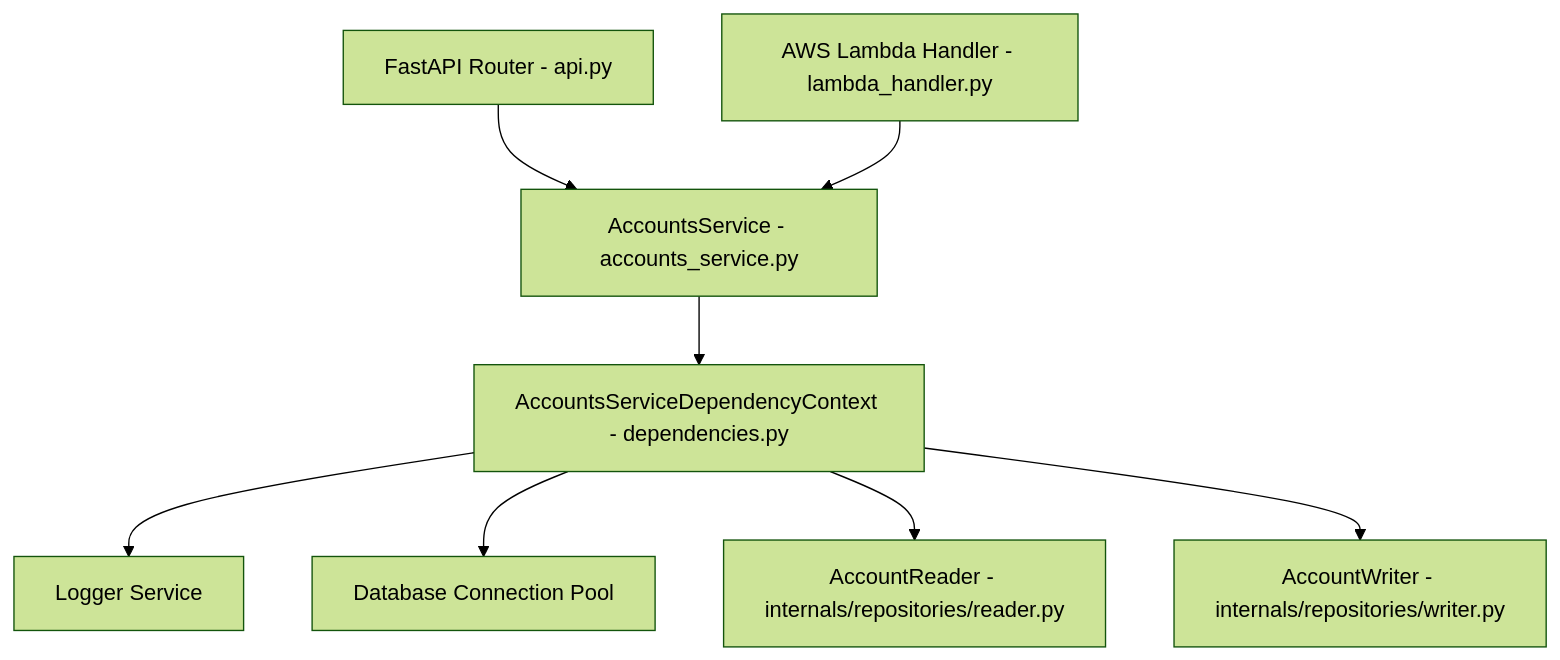
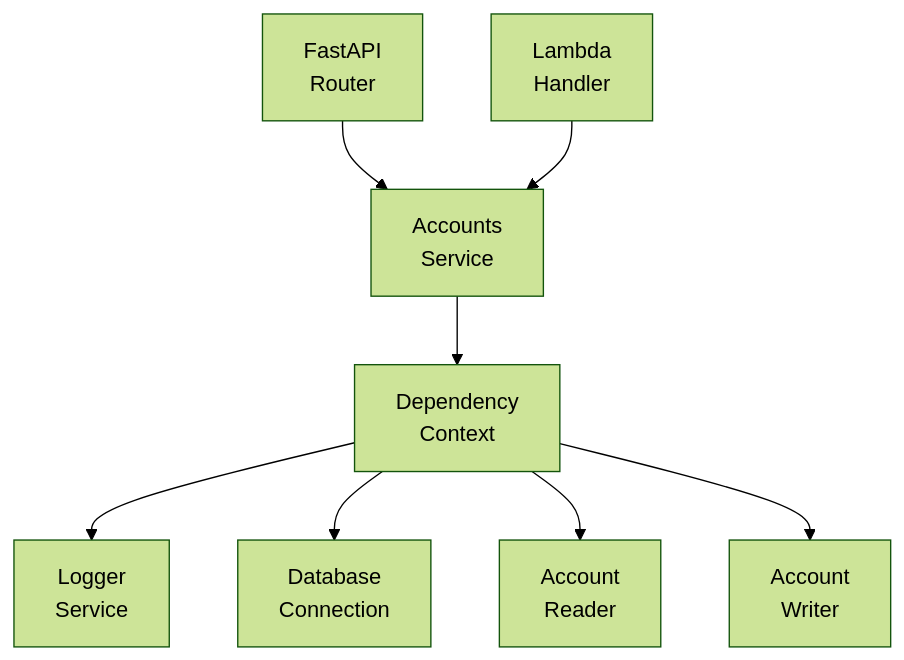
The first of 4 diagrams in backend/src/services/accounts/README.md (dev-anuj007/cyber_intel), drawn with Mermaid (forest theme) before and after one commit. The commit also changed other lines of this file, not shown here.

Commit message:
chore: clean up for aggregator service

````diff
--- a/backend/src/services/accounts/README.md
+++ b/backend/src/services/accounts/README.md
@@ -11,10 +11,10 @@
 ```mermaid
 flowchart TD
-    API["FastAPI Router - api.py"] --> Svc["AccountsService - accounts_service.py"]
-    Lambda["AWS Lambda Handler - lambda_handler.py"] --> Svc
-    Svc --> Ctx["AccountsServiceDependencyContext - dependencies.py"]
-    Ctx --> Logger["Logger Service"]
-    Ctx --> DB["Database Connection Pool"]
-    Ctx --> Reader["AccountReader - internals/repositories/reader.py"]
-    Ctx --> Writer["AccountWriter - internals/repositories/writer.py"]
+    API["FastAPI<br/>Router"] --> Svc["Accounts<br/>Service"]
+    Lambda["Lambda<br/>Handler"] --> Svc
+    Svc --> Ctx["Dependency<br/>Context"]
+    Ctx --> Logger["Logger<br/>Service"]
+    Ctx --> DB["Database<br/>Connection"]
+    Ctx --> Reader["Account<br/>Reader"]
+    Ctx --> Writer["Account<br/>Writer"]
 ```
````
